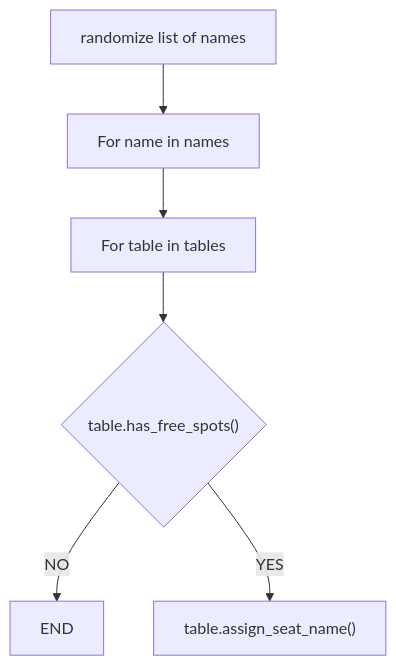
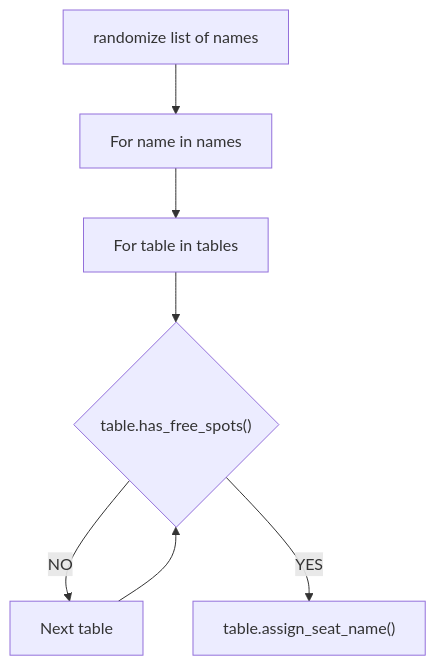
The second of 2 diagrams in README.md (NathNacht/challenge-openspace-classifier), drawn with Mermaid before and after one commit. The commit also changed other lines of this file, not shown here.

````diff
--- a/README.md
+++ b/README.md
@@ -21,8 +23,9 @@
 ```mermaid
 graph TD;
     A[randomize list of names] --> B[For name in names]
     B --> C[For table in tables]
     C --> D{"table.has_free_spots()"}
-    D -- NO --> E[END]
+    D -- NO --> E[Next table]
+    E --> D
     D -- YES --> F["table.assign_seat_name()"]
 ```
````
